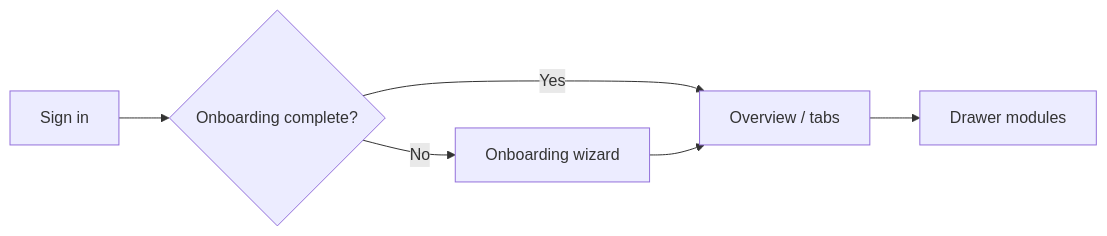
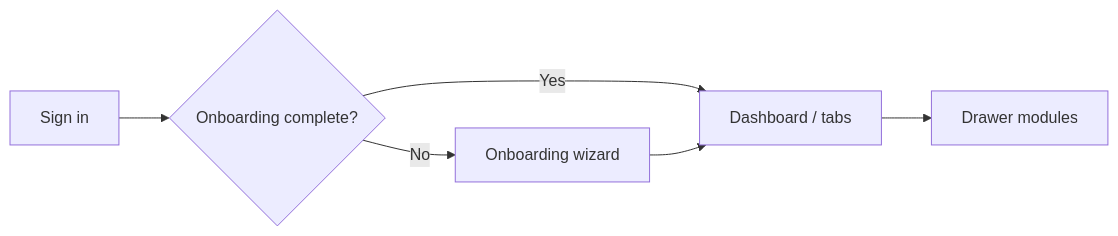
The diagram in frontend/docs/PRODUCT.md (ragsuite/RAGSuite), drawn with Mermaid before and after one commit. The commit also changed other lines of this file and 152 other files, not shown here.

````diff
--- a/frontend/docs/PRODUCT.md
+++ b/frontend/docs/PRODUCT.md
@@ -125,8 +125,8 @@
 ```mermaid
 flowchart LR
     SignIn[Sign in] --> Onboarding{Onboarding complete?}
     Onboarding -->|No| OnboardFlow[Onboarding wizard]
-    Onboarding -->|Yes| Home[Overview / tabs]
+    Onboarding -->|Yes| Home[Dashboard / tabs]
     OnboardFlow --> Home
     Home --> Modules[Drawer modules]
 ```
````
